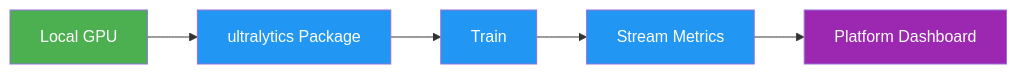
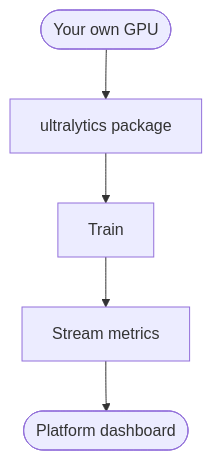
One commit to ultralytics/ultralytics changed the second of 3 diagrams in docs/en/platform/train/cloud-training.md. Above: the diagram before and after it, drawn with Mermaid. The commit also changed other lines of this file and 20 other files, not shown here.

Commit message:
Migrate docs Mermaid diagrams to the unified design system (#26573)

````diff
--- a/docs/en/platform/train/cloud-training.md
+++ b/docs/en/platform/train/cloud-training.md
@@ -238,11 +233,7 @@
 ```mermaid
-graph LR
-    A[Local GPU]:::start --> B[ultralytics Package]:::proc
-    B --> C[Train]:::proc
-    C --> D[Stream Metrics]:::proc
-    D --> E[Platform Dashboard]:::out
-
-    classDef start fill:#4CAF50,color:#fff
-    classDef proc fill:#2196F3,color:#fff
-    classDef out fill:#9C27B0,color:#fff
+flowchart TD
+    A([Your own GPU]) --> B[ultralytics package]
+    B --> C[Train]
+    C --> D[Stream metrics]
+    D --> E([Platform dashboard])
 ```
````
